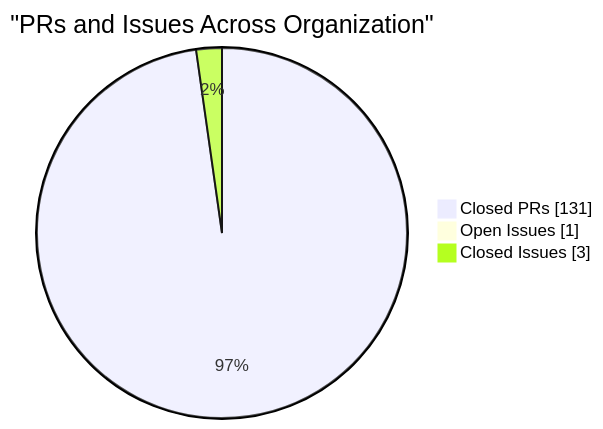
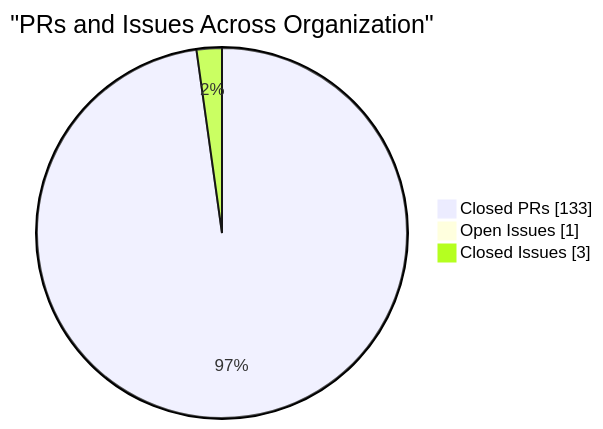
One commit to CSTH-Projects/.github changed the fourth of 4 diagrams in profile/README.md. Above: the diagram before and after it, drawn with Mermaid. The commit also changed other lines of this file, not shown here.

````diff
--- a/profile/README.md
+++ b/profile/README.md
@@ -100,7 +100,7 @@
 ```mermaid
 pie showData
     title "PRs and Issues Across Organization"
-    "Closed PRs" : 131
+    "Closed PRs" : 133
     "Open Issues" : 1
     "Closed Issues" : 3
 ```
````
